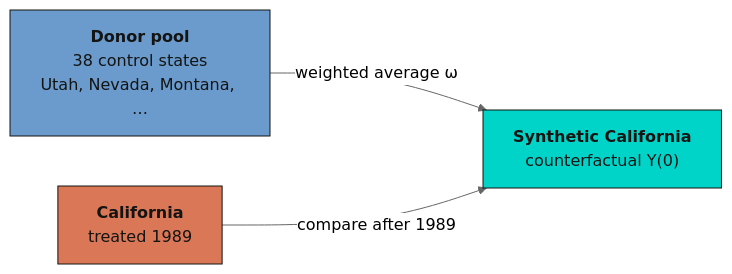
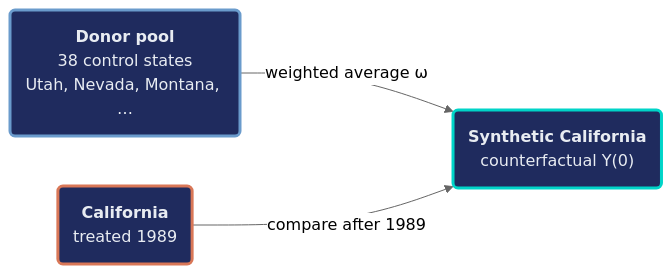
Before and after one commit to cmg777/starter-academic-v501: the first of 3 diagrams in content/post/stata_sdid/index.md, drawn with Mermaid (neutral theme). The commit also changed other lines of this file and 10 other files, not shown here.

First line of the commit message:
content(mermaid): restyle flowcharts in Stata posts (batch 2 of 2) and the EM publication (EN/ES/JA); add log

````diff
--- a/content/post/stata_sdid/index.md
+++ b/content/post/stata_sdid/index.md
@@ -159,11 +159,14 @@
 ```mermaid
 graph LR
-    POOL["<b>Donor pool</b><br/>38 control states<br/>Utah, Nevada, Montana, …"]
-    CA["<b>California</b><br/>treated 1989"]
-    SYN["<b>Synthetic California</b><br/>counterfactual Y(0)"]
+    POOL("<b>Donor pool</b><br/>38 control states<br/>Utah, Nevada, Montana, …")
+    CA("<b>California</b><br/>treated 1989")
+    SYN("<b>Synthetic California</b><br/>counterfactual Y(0)")
     POOL -->|weighted average ω| SYN
     CA -->|compare after 1989| SYN
-    style POOL fill:#6a9bcc,stroke:#141413,color:#141413
-    style CA fill:#d97757,stroke:#141413,color:#141413
-    style SYN fill:#00d4c8,stroke:#141413,color:#141413
+    classDef blue fill:#1f2b5e,stroke:#6a9bcc,stroke-width:3px,color:#e8ecf2
+    classDef orange fill:#1f2b5e,stroke:#d97757,stroke-width:3px,color:#e8ecf2
+    classDef teal fill:#1f2b5e,stroke:#00d4c8,stroke-width:3px,color:#e8ecf2
+    class POOL blue
+    class CA orange
+    class SYN teal
 ```
````
